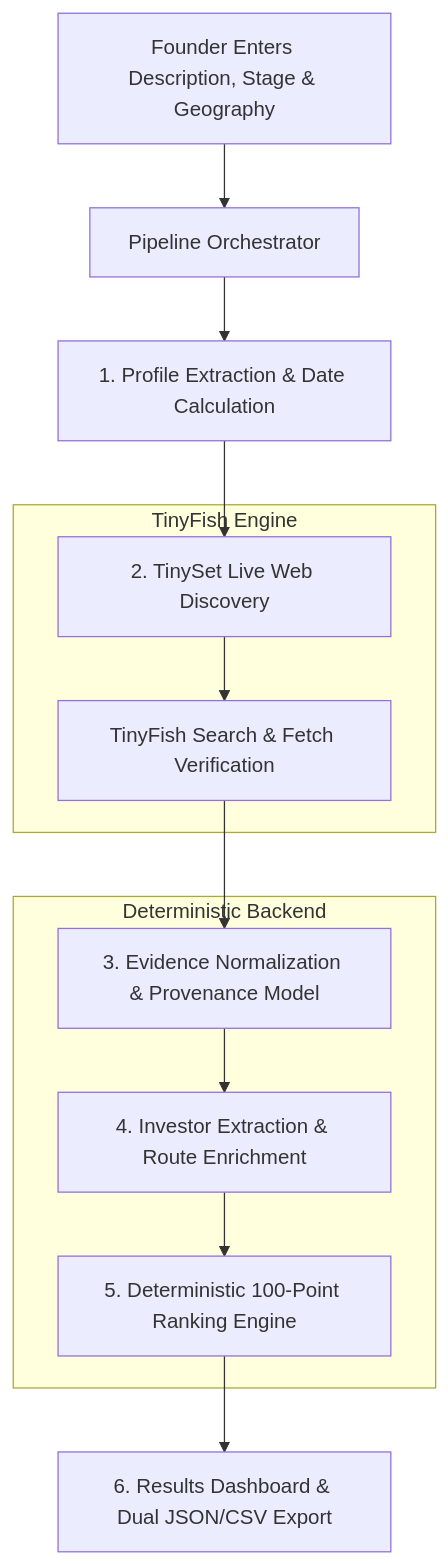
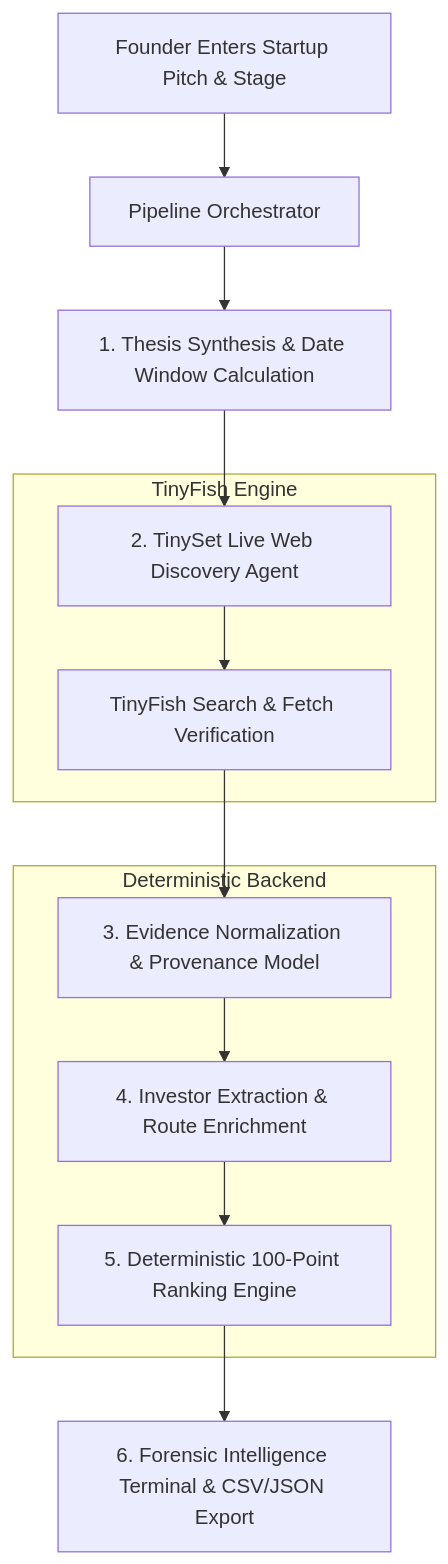
One commit to pandey-kun7/StarAll changed the diagram in README.md. Above: the diagram before and after it, drawn with Mermaid. The commit also changed other lines of this file, not shown here.

````diff
--- a/README.md
+++ b/README.md
@@ -70,22 +95,22 @@
 ```mermaid
 flowchart TD
-    A[Founder Enters Description, Stage & Geography] --> B[Pipeline Orchestrator]
-    B --> C[1. Profile Extraction & Date Calculation]
-    C --> D[2. TinySet Live Web Discovery]
-    D --> E[TinyFish Search & Fetch Verification]
-    E --> F[3. Evidence Normalization & Provenance Model]
-    F --> G[4. Investor Extraction & Route Enrichment]
-    G --> H[5. Deterministic 100-Point Ranking Engine]
-    H --> I[6. Results Dashboard & Dual JSON/CSV Export]
+    A["Founder Enters Startup Pitch & Stage"] --> B["Pipeline Orchestrator"]
+    B --> C["1. Thesis Synthesis & Date Window Calculation"]
+    C --> D["2. TinySet Live Web Discovery Agent"]
+    D --> E["TinyFish Search & Fetch Verification"]
+    E --> F["3. Evidence Normalization & Provenance Model"]
+    F --> G["4. Investor Extraction & Route Enrichment"]
+    G --> H["5. Deterministic 100-Point Ranking Engine"]
+    H --> I["6. Forensic Intelligence Terminal & CSV/JSON Export"]
 
     subgraph TinyFish Engine
     D
     E
     end
 
     subgraph Deterministic Backend
     F
     G
     H
     end
 ```
````
